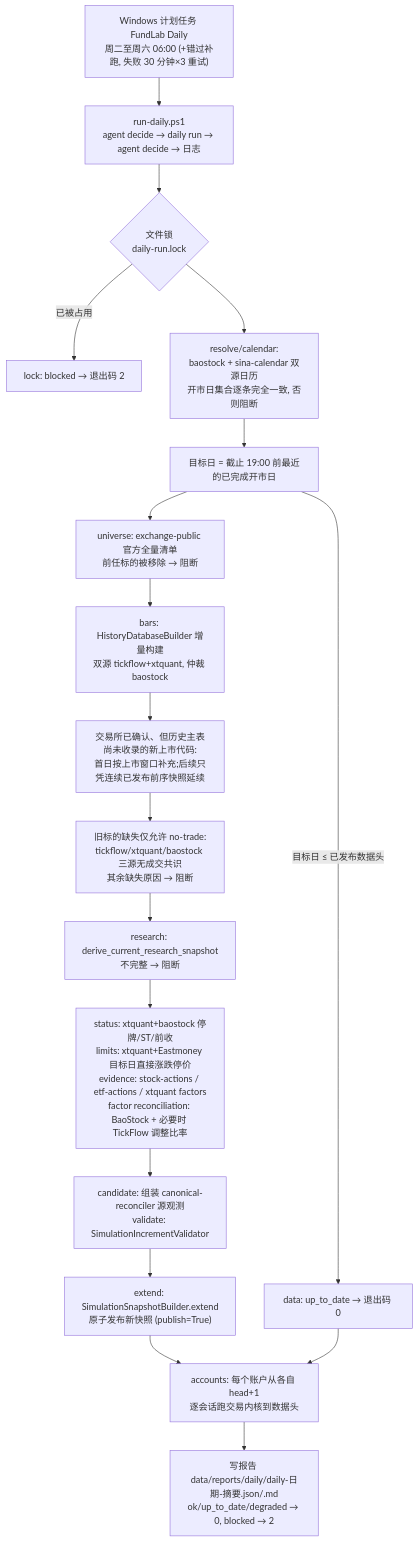
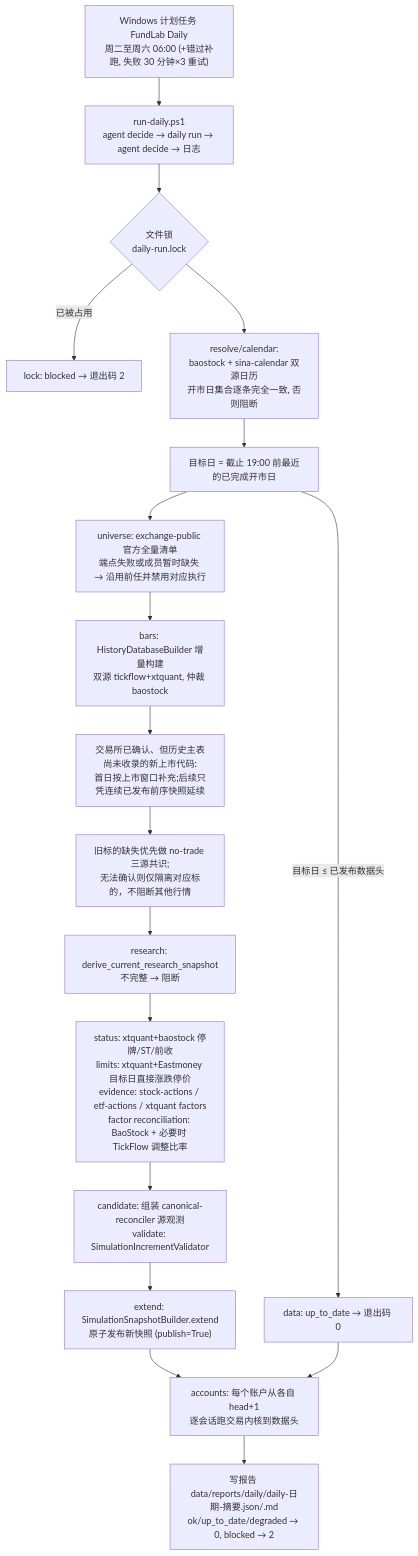
The diagram in docs/architecture/03-pipeline-ops.md (zhan7653/miniQMT), drawn with Mermaid before and after one commit. The commit also changed other lines of this file and 49 other files, not shown here.

````diff
--- a/docs/architecture/03-pipeline-ops.md
+++ b/docs/architecture/03-pipeline-ops.md
@@ -35,20 +35,20 @@
 ```mermaid
 flowchart TD
     T["Windows 计划任务 FundLab Daily<br/>周二至周六 06:00 (+错过补跑, 失败 30 分钟×3 重试)"] --> R["run-daily.ps1<br/>agent decide → daily run → agent decide → 日志"]
     R --> L{"文件锁<br/>daily-run.lock"}
     L -- 已被占用 --> B0["lock: blocked → 退出码 2"]
     L --> CAL["resolve/calendar:<br/>baostock + sina-calendar 双源日历<br/>开市日集合逐条完全一致, 否则阻断"]
     CAL --> TGT["目标日 = 截止 19:00 前最近的已完成开市日"]
     TGT -- "目标日 ≤ 已发布数据头" --> UTD["data: up_to_date → 退出码 0"]
-    TGT --> U["universe: exchange-public 官方全量清单<br/>前任标的被移除 → 阻断"]
+    TGT --> U["universe: exchange-public 官方全量清单<br/>端点失败或成员暂时缺失 → 沿用前任并禁用对应执行"]
     U --> H["bars: HistoryDatabaseBuilder 增量构建<br/>双源 tickflow+xtquant, 仲裁 baostock"]
     H --> NEW["交易所已确认、但历史主表尚未收录的新上市代码:<br/>首日按上市窗口补充;后续只凭连续已发布前序快照延续"]
-    NEW --> NT["旧标的缺失仅允许 no-trade:<br/>tickflow/xtquant/baostock 三源无成交共识<br/>其余缺失原因 → 阻断"]
+    NEW --> NT["旧标的缺失优先做 no-trade 三源共识;<br/>无法确认则仅隔离对应标的，不阻断其他行情"]
     NT --> RS["research: derive_current_research_snapshot<br/>不完整 → 阻断"]
     RS --> SE["status: xtquant+baostock 停牌/ST/前收<br/>limits: xtquant+Eastmoney 目标日直接涨跌停价<br/>evidence: stock-actions / etf-actions / xtquant factors<br/>factor reconciliation: BaoStock + 必要时 TickFlow 调整比率"]
     SE --> CV["candidate: 组装 canonical-reconciler 源观测<br/>validate: SimulationIncrementValidator"]
     CV --> EX["extend: SimulationSnapshotBuilder.extend<br/>原子发布新快照 (publish=True)"]
     EX --> AC["accounts: 每个账户从各自 head+1<br/>逐会话跑交易内核到数据头"]
     UTD --> AC
     AC --> RP["写报告 data/reports/daily/daily-日期-摘要.json/.md<br/>ok/up_to_date/degraded → 0, blocked → 2"]
 ```
````
